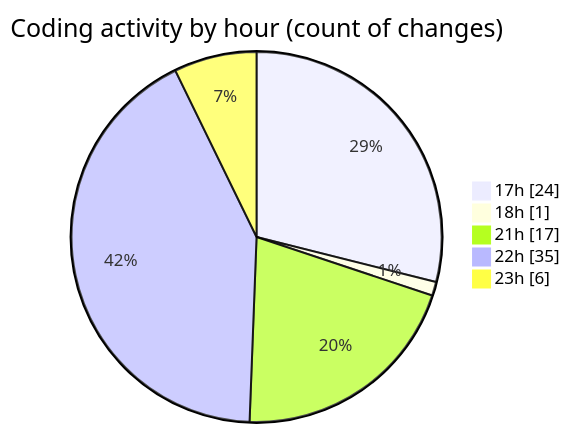
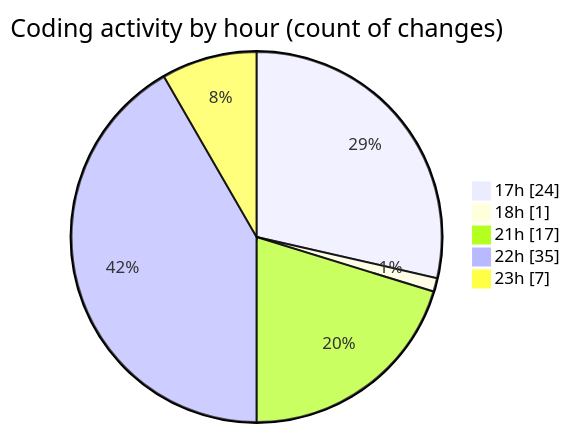
Before and after one commit to EIIisD/code-tracking: the second of 2 diagrams in 2025-07-13/tampermonkey/README.md, drawn with Mermaid. The commit also changed other lines of this file and 1 other file, not shown here.

````diff
--- a/2025-07-13/tampermonkey/README.md
+++ b/2025-07-13/tampermonkey/README.md
@@ -44,9 +44,9 @@
 ```mermaid
 pie showData
 title Coding activity by hour (count of changes)
 "17h" : 24
 "18h" : 1
 "21h" : 17
 "22h" : 35
-"23h" : 6
+"23h" : 7
 ```
````
